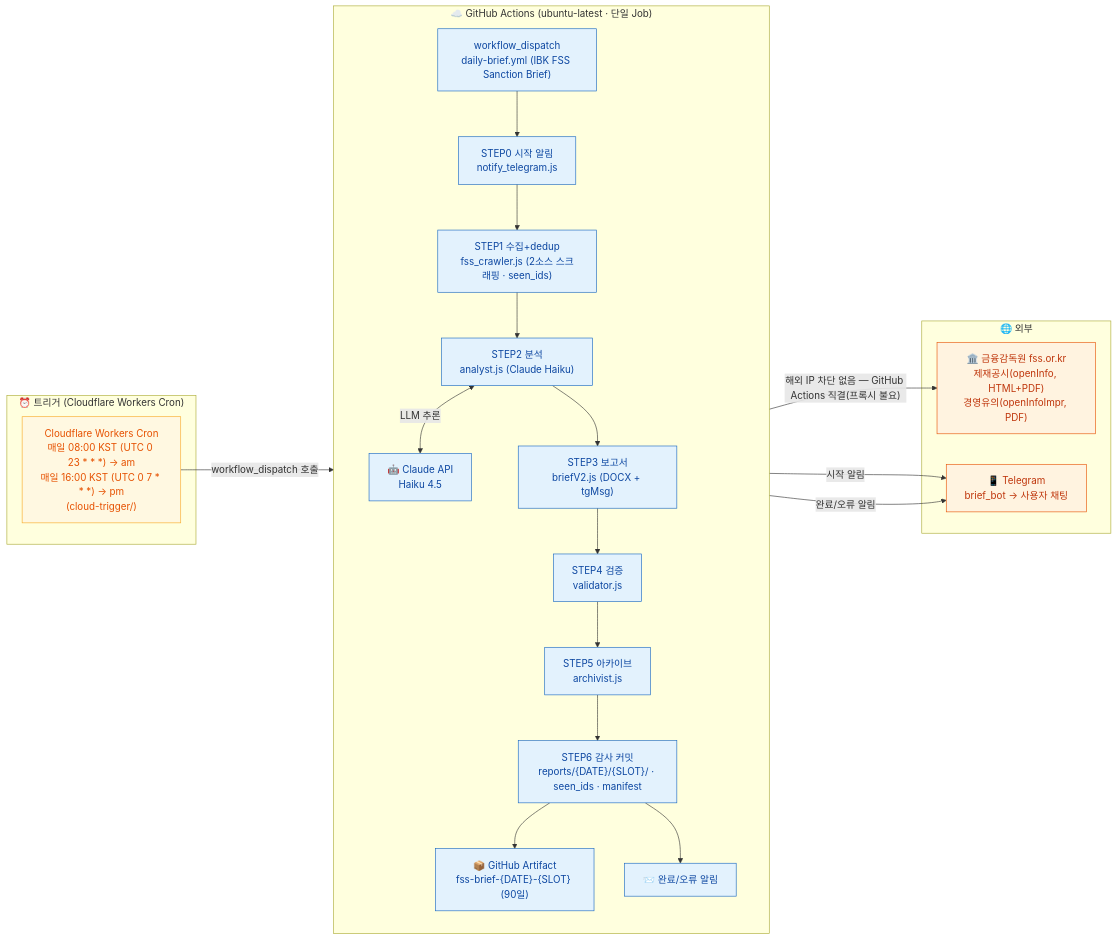
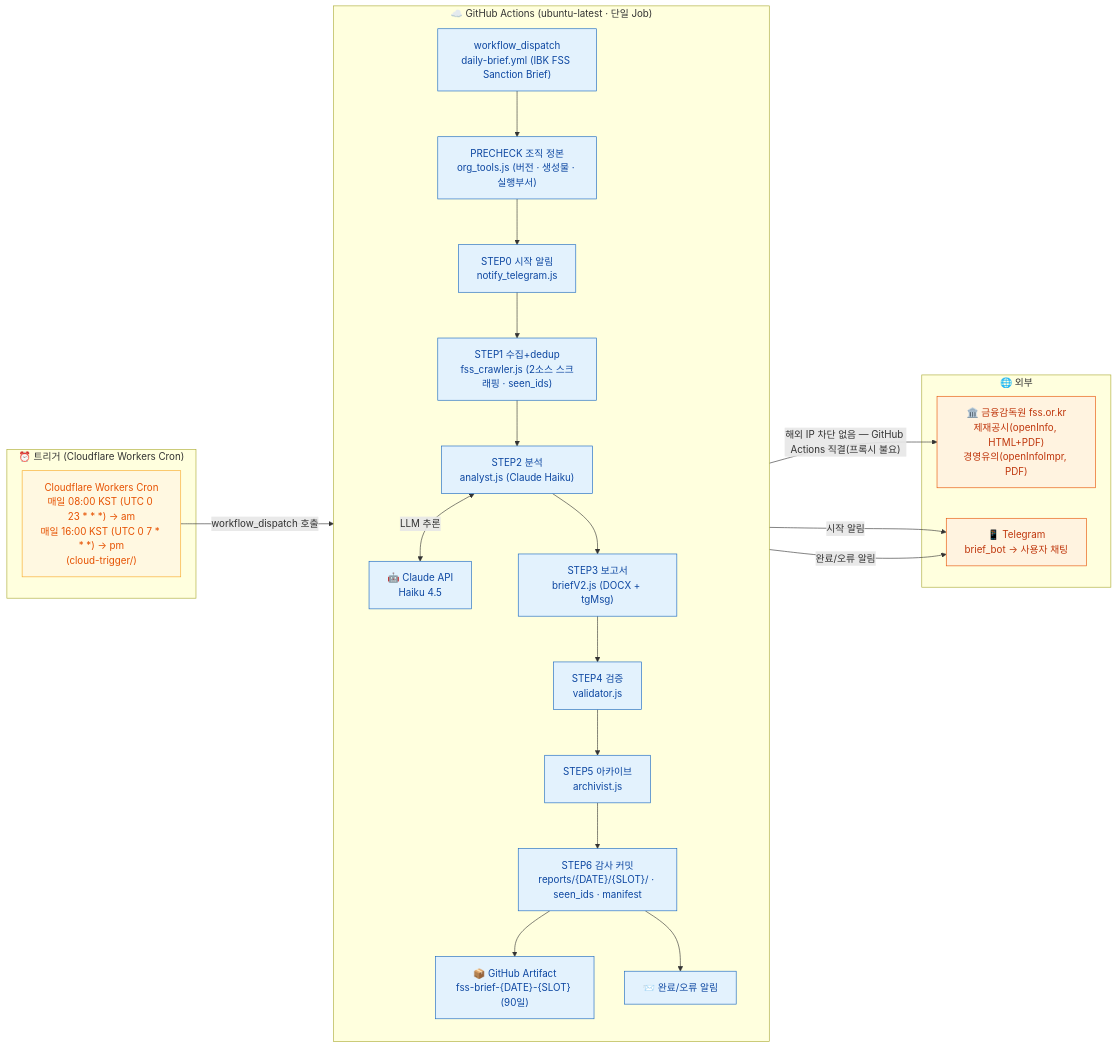
One commit to pyorocop-lang/ibk-FSS-brief changed the first of 3 diagrams in docs/technical/ARCHITECTURE.md. Above: the diagram before and after it, drawn with Mermaid. The commit also changed other lines of this file and 27 other files, not shown here.

````diff
--- a/docs/technical/ARCHITECTURE.md
+++ b/docs/technical/ARCHITECTURE.md
@@ -13,45 +13,46 @@
 ```mermaid
 flowchart LR
     subgraph TRIGGER["⏰ 트리거 (Cloudflare Workers Cron)"]
         CRON["Cloudflare Workers Cron\n매일 08:00 KST (UTC 0 23 * * *) → am\n매일 16:00 KST (UTC 0 7 * * *) → pm\n(cloud-trigger/)"]
     end
 
     subgraph CLOUD["☁️ GitHub Actions (ubuntu-latest · 단일 Job)"]
         direction TB
         DISPATCH["workflow_dispatch\ndaily-brief.yml (IBK FSS Sanction Brief)"]
+        PRECHECK["PRECHECK 조직 정본\norg_tools.js (버전 · 생성물 · 실행부서)"]
         S0["STEP0 시작 알림\nnotify_telegram.js"]
         S1["STEP1 수집+dedup\nfss_crawler.js (2소스 스크래핑 · seen_ids)"]
         S2["STEP2 분석\nanalyst.js (Claude Haiku)"]
         S3["STEP3 보고서\nbriefV2.js (DOCX + tgMsg)"]
         S4["STEP4 검증\nvalidator.js"]
         S5["STEP5 아카이브\narchivist.js"]
         S6["STEP6 감사 커밋\nreports/{DATE}/{SLOT}/ · seen_ids · manifest"]
         ARTIFACT["📦 GitHub Artifact\nfss-brief-{DATE}-{SLOT} (90일)"]
         NOTIFY["📨 완료/오류 알림"]
         CLAUDE["🤖 Claude API\nHaiku 4.5"]
     end
 
     subgraph EXT["🌐 외부"]
         FSS["🏛️ 금융감독원 fss.or.kr\n제재공시(openInfo, HTML+PDF)\n경영유의(openInfoImpr, PDF)"]
         TG["📱 Telegram\nbrief_bot → 사용자 채팅"]
     end
 
     CRON -->|"workflow_dispatch 호출"| DISPATCH
-    DISPATCH --> S0 --> S1
+    DISPATCH --> PRECHECK --> S0 --> S1
     S1 -->|"해외 IP 차단 없음 — GitHub Actions 직결(프록시 불요)"| FSS
     S1 --> S2
     S2 <-->|"LLM 추론"| CLAUDE
     S2 --> S3 --> S4 --> S5 --> S6
     S6 --> ARTIFACT
     S0 -->|"시작 알림"| TG
     S6 --> NOTIFY
     NOTIFY -->|"완료/오류 알림"| TG
 
     classDef trig fill:#FFF8E1,stroke:#F9A825,color:#E65100
     classDef cloud fill:#E3F2FD,stroke:#1565C0,color:#0D47A1
     classDef ext fill:#FFF3E0,stroke:#E65100,color:#BF360C
 
     class CRON trig
-    class DISPATCH,S0,S1,S2,S3,S4,S5,S6,ARTIFACT,NOTIFY,CLAUDE cloud
+    class DISPATCH,PRECHECK,S0,S1,S2,S3,S4,S5,S6,ARTIFACT,NOTIFY,CLAUDE cloud
     class FSS,TG ext
 ```
````
